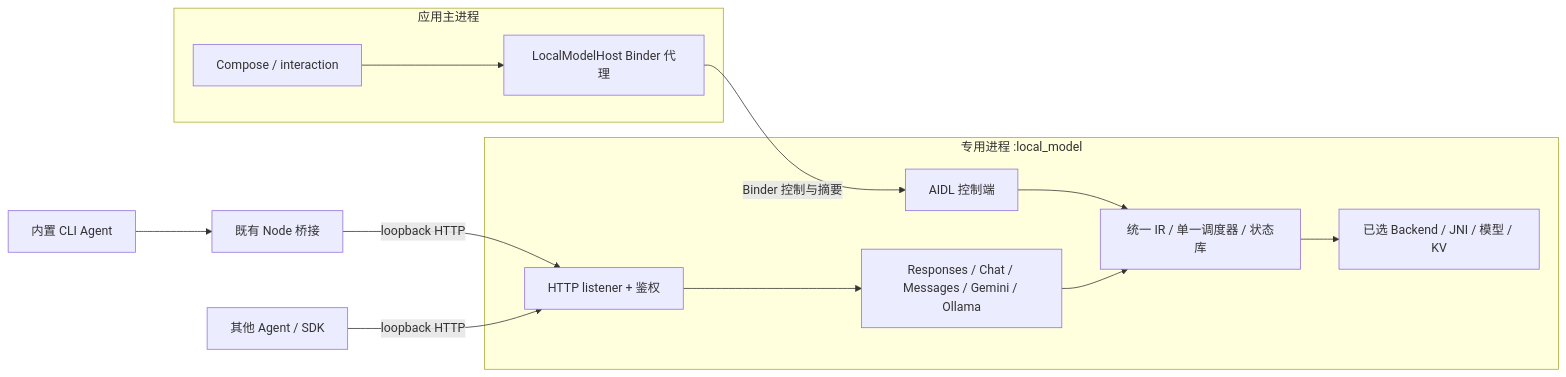
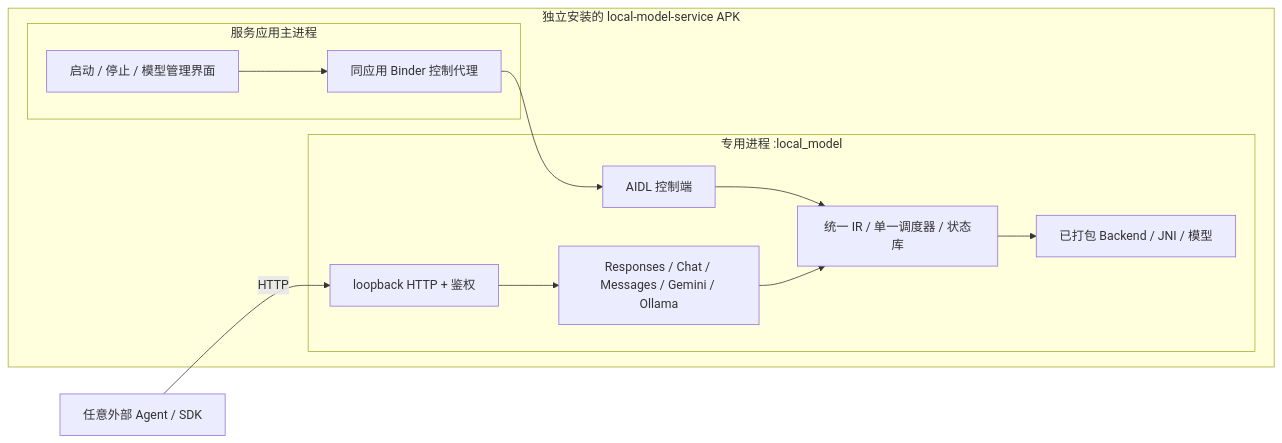
One commit to ytlog/mobby changed the diagram in docs/design/local-model-runtime.md. Above: the diagram before and after it, drawn with Mermaid. The commit also changed other lines of this file and 4 other files, not shown here.

Commit message:
docs: separate local model service from mobby app

````diff
--- a/docs/design/local-model-runtime.md
+++ b/docs/design/local-model-runtime.md
@@ -112,21 +111,21 @@
 ```mermaid
 flowchart LR
-    subgraph Main[应用主进程]
-        UI[Compose / interaction]
-        Proxy[LocalModelHost Binder 代理]
-        UI --> Proxy
+    subgraph ServiceApp[独立安装的 local-model-service APK]
+        subgraph Main[服务应用主进程]
+            UI[启动 / 停止 / 模型管理界面]
+            Control[同应用 Binder 控制代理]
+            UI --> Control
+        end
+        subgraph Worker[专用进程 :local_model]
+            Binder[AIDL 控制端]
+            HTTP[loopback HTTP + 鉴权]
+            Codec[Responses / Chat / Messages / Gemini / Ollama]
+            Core[统一 IR / 单一调度器 / 状态库]
+            Engine[已打包 Backend / JNI / 模型]
+            Binder --> Core
+            HTTP --> Codec --> Core --> Engine
+        end
+        Control --> Binder
     end
-    subgraph LM[专用进程 :local_model]
-        Control[AIDL 控制端]
-        HTTP[HTTP listener + 鉴权]
-        Codec[Responses / Chat / Messages / Gemini / Ollama]
-        Core[统一 IR / 单一调度器 / 状态库]
-        Engine[已选 Backend / JNI / 模型 / KV]
-        Control --> Core
-        HTTP --> Codec --> Core --> Engine
-    end
-    Proxy -->|Binder 控制与摘要| Control
-    Agent[内置 CLI Agent] --> Bridge[既有 Node 桥接]
-    Bridge -->|loopback HTTP| HTTP
-    Other[其他 Agent / SDK] -->|loopback HTTP| HTTP
+    Agent[任意外部 Agent / SDK] -->|HTTP| HTTP
 ```
````
